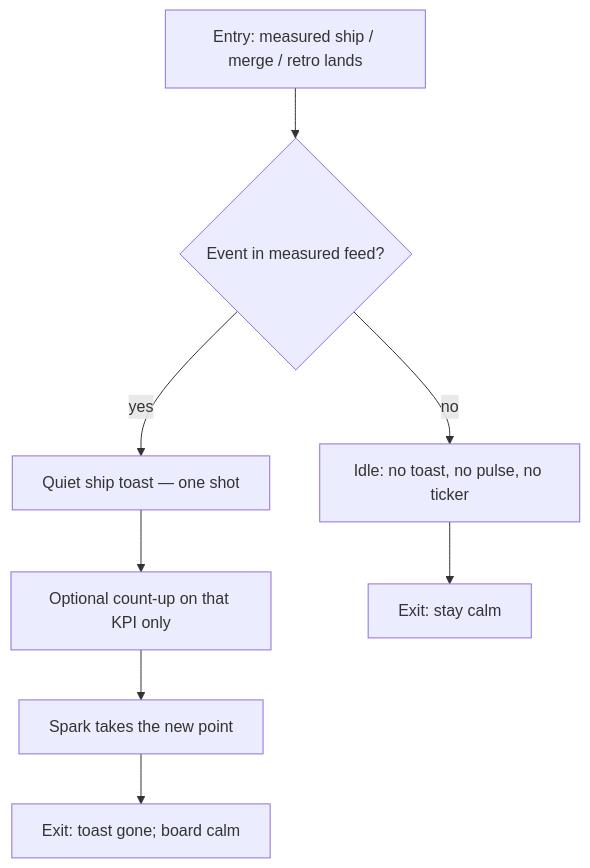
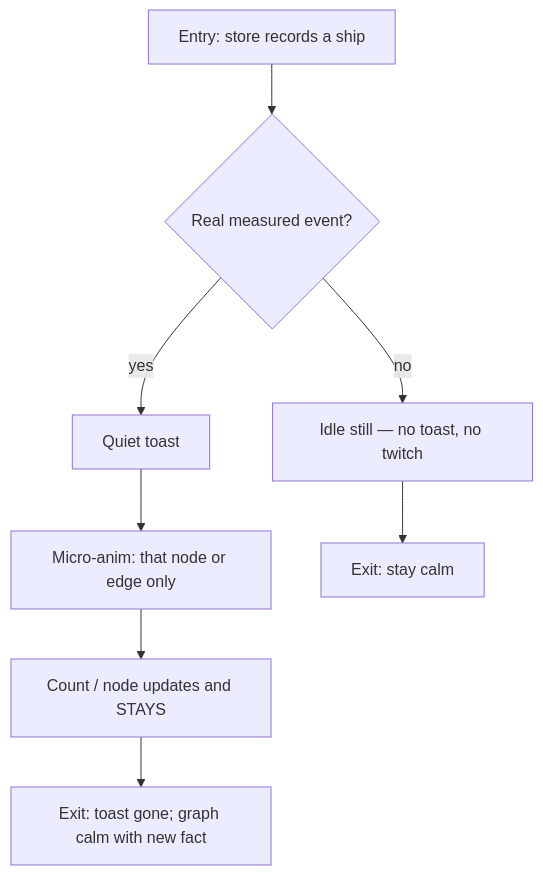
Before and after one commit to paulthorson/agentic-governance: the fifth of 7 diagrams in dashboard/docs/ux/userflows.md, drawn with Mermaid. The commit also changed other lines of this file and 11 other files, not shown here.

First line of the commit message:
UX: Check 7+8 living-graph splash

````diff
--- a/dashboard/docs/ux/userflows.md
+++ b/dashboard/docs/ux/userflows.md
@@ -101,10 +98,10 @@
 ```mermaid
 flowchart TD
-  E5[Entry: measured ship / merge / retro lands] --> Q1{Event in measured feed?}
-  Q1 -->|no| Q2[Idle: no toast, no pulse, no ticker]
-  Q1 -->|yes| Q3[Quiet ship toast — one shot]
-  Q3 --> Q4[Optional count-up on that KPI only]
-  Q4 --> Q5[Spark takes the new point]
-  Q5 --> X1[Exit: toast gone; board calm]
+  E5[Entry: store records a ship] --> Q1{Real measured event?}
+  Q1 -->|no| Q2[Idle still — no toast, no twitch]
+  Q1 -->|yes| Q3[Quiet toast]
+  Q3 --> Q4[Micro-anim: that node or edge only]
+  Q4 --> Q5[Count / node updates and STAYS]
+  Q5 --> X1[Exit: toast gone; graph calm with new fact]
   Q2 --> X2[Exit: stay calm]
 ```
````
